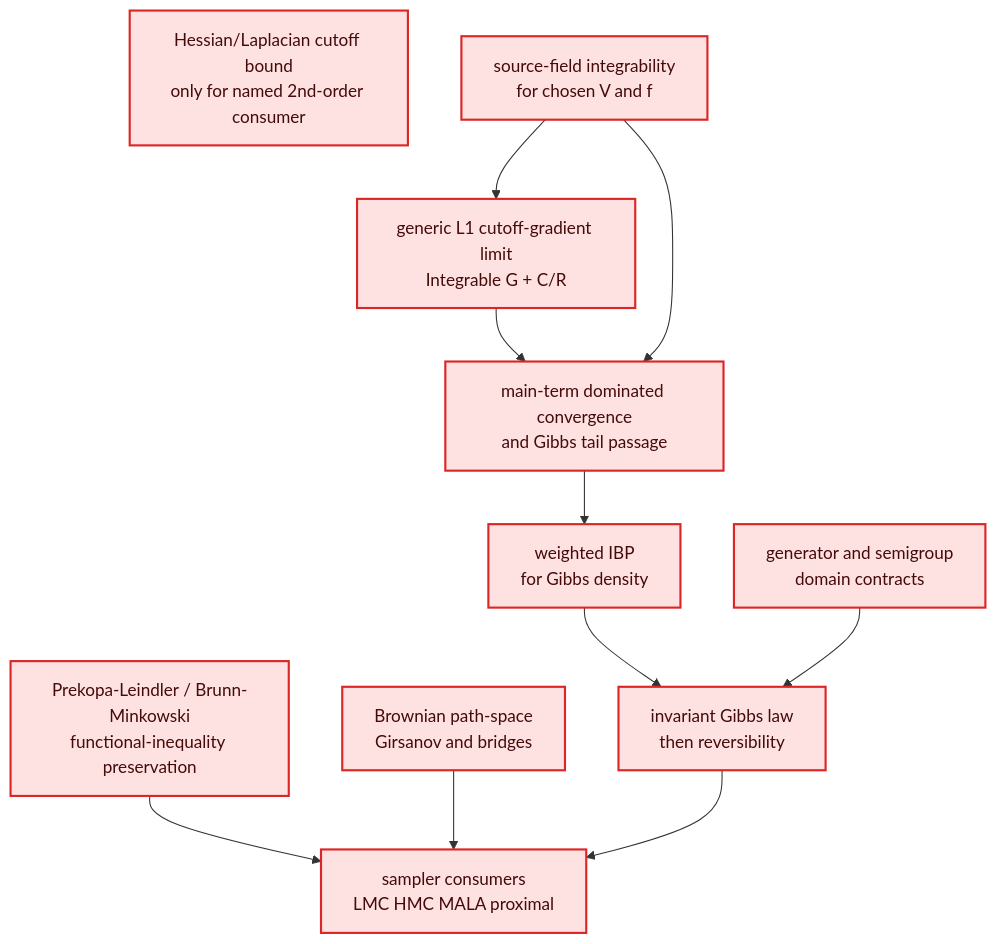
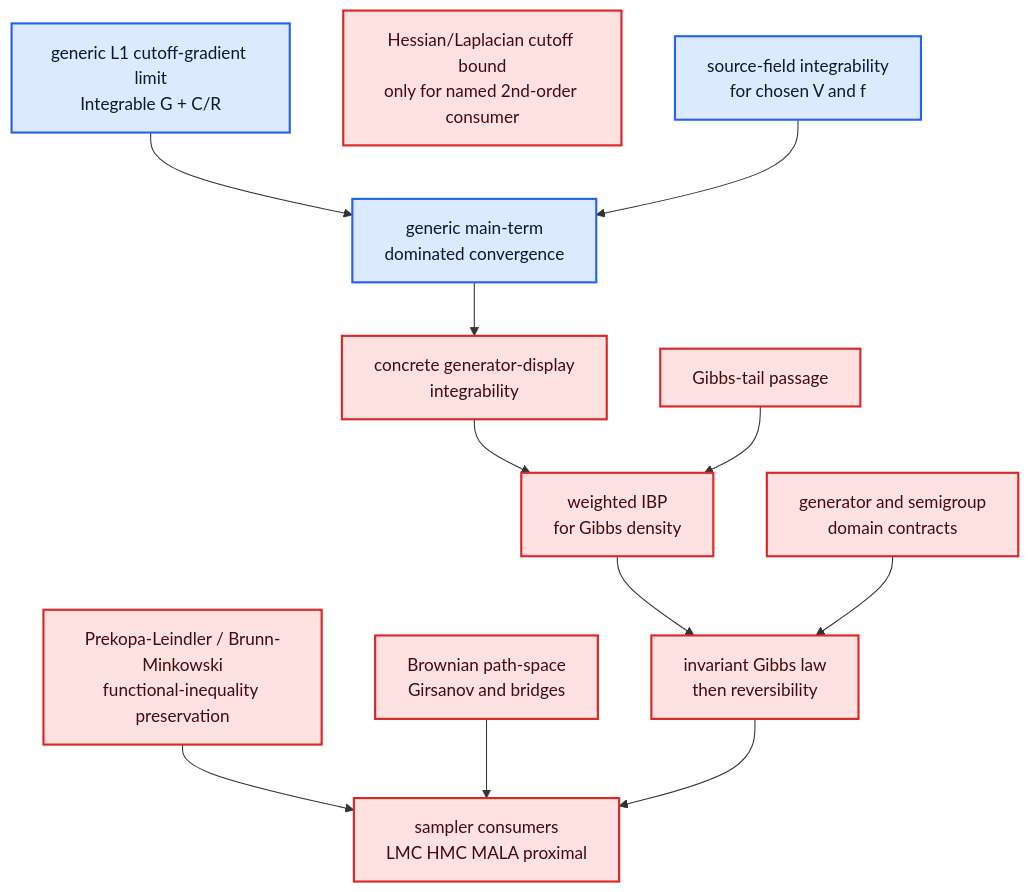
One commit to DakeBU/Auto-Sampling-Theory-In-Sleep changed diagram 12 of 13 in README.md. Above: the diagram before and after it, drawn with Mermaid. The commit also changed other lines of this file and 124 other files, not shown here.

````diff
--- a/README.md
+++ b/README.md
@@ -440,25 +478,29 @@
 ```mermaid
 flowchart TD
-  R1[generic L1 cutoff-gradient limit<br/>Integrable G + C/R]:::red
+  R1[generic L1 cutoff-gradient limit<br/>Integrable G + C/R]:::blue
   R2[Hessian/Laplacian cutoff bound<br/>only for named 2nd-order consumer]:::red
-  R3[source-field integrability<br/>for chosen V and f]:::red
-  R4[main-term dominated convergence<br/>and Gibbs tail passage]:::red
+  R3[source-field integrability<br/>for chosen V and f]:::blue
+  R4[generic main-term<br/>dominated convergence]:::blue
+  R4A[concrete generator-display<br/>integrability]:::red
+  R4B[Gibbs-tail passage]:::red
   R5[weighted IBP<br/>for Gibbs density]:::red
   R6[generator and semigroup<br/>domain contracts]:::red
   R7[invariant Gibbs law<br/>then reversibility]:::red
   R8[Prekopa-Leindler / Brunn-Minkowski<br/>functional-inequality preservation]:::red
   R9[Brownian path-space<br/>Girsanov and bridges]:::red
   R10[sampler consumers<br/>LMC HMC MALA proximal]:::red
 
   R1 --> R4
-  R3 --> R1
   R3 --> R4
-  R4 --> R5
+  R4 --> R4A --> R5
+  R4B --> R5
   R5 --> R7
   R6 --> R7
   R8 --> R10
   R9 --> R10
+
+  classDef blue fill:#dbeafe,stroke:#2563eb,color:#0f172a,stroke-width:2px;
   R7 --> R10
 
   classDef red fill:#fee2e2,stroke:#dc2626,color:#450a0a,stroke-width:2px;
 ```
````
